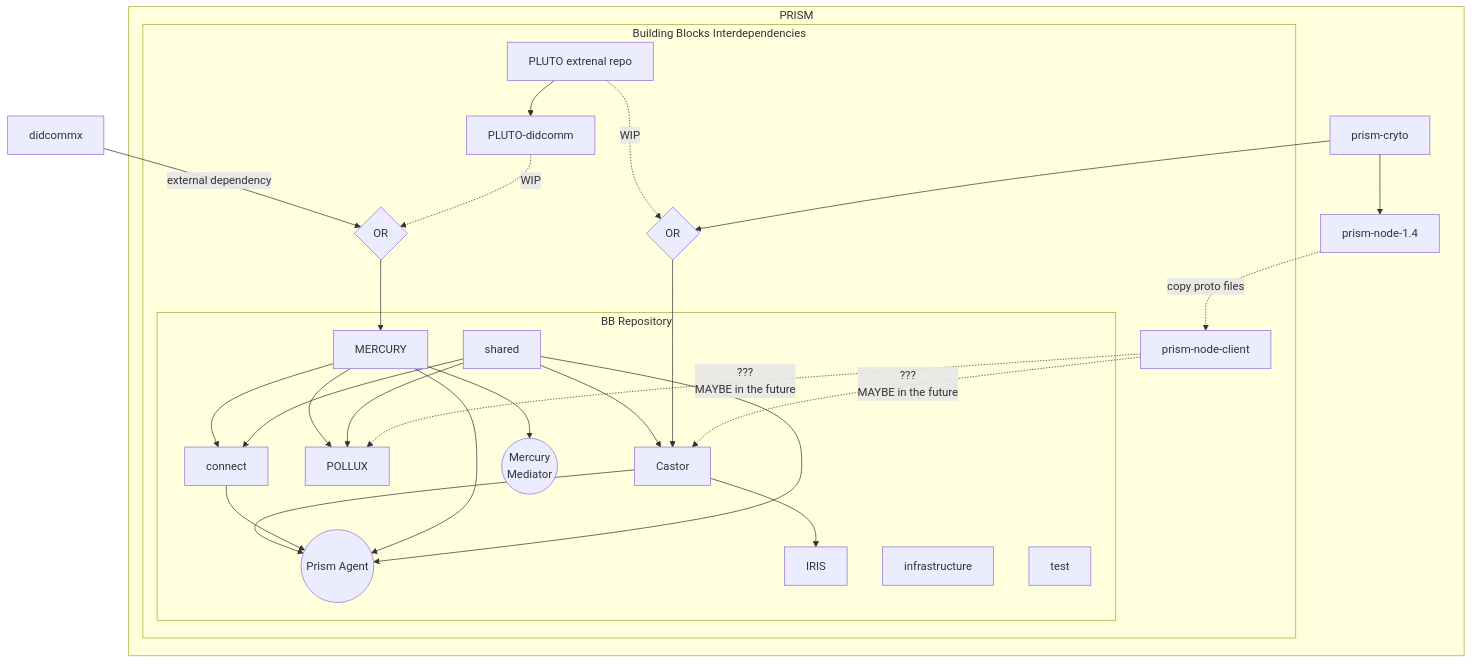
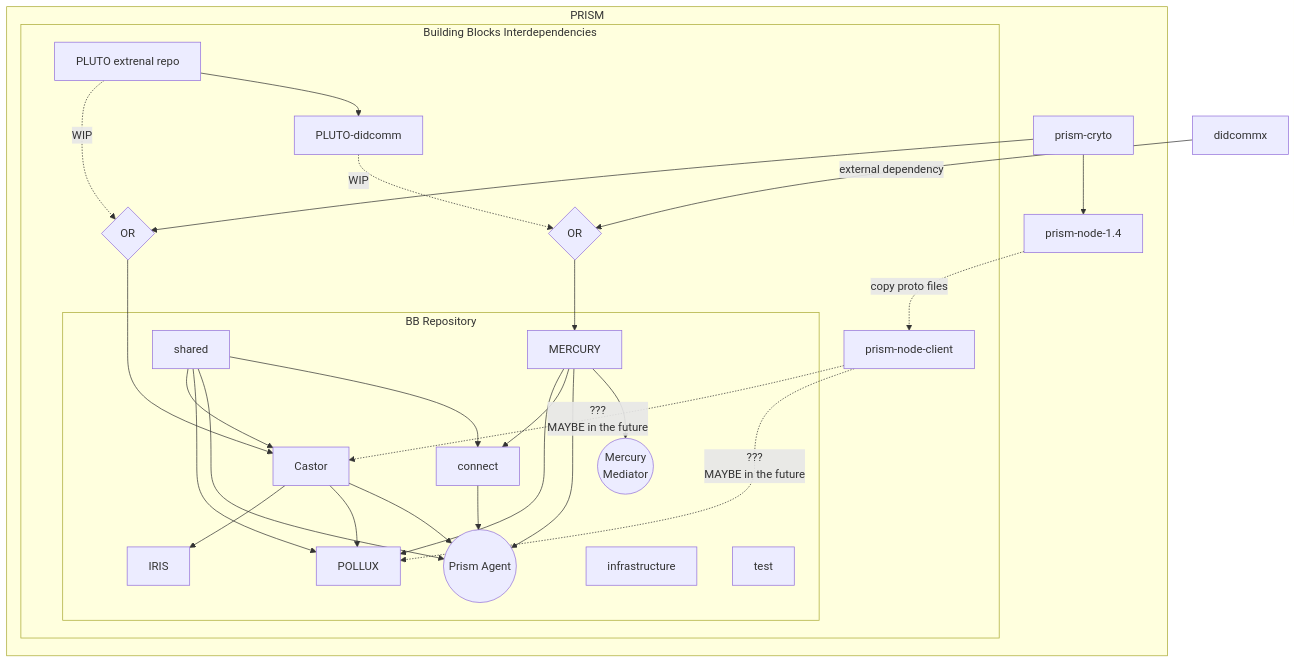
One commit to hyperledger/identus-cloud-agent changed the diagram in Interdependencies.md. Above: the diagram before and after it, drawn with Mermaid. The commit also changed other lines of this file, not shown here.

Commit message:
Add castor --> pollux

````diff
--- a/Interdependencies.md
+++ b/Interdependencies.md
@@ -7,60 +7,61 @@
 ```mermaid
 flowchart
   PLUTO-didcomm -.WIP.-> OR1{OR} 
   didcommx --external dependency--> OR1{OR} 
 
   subgraph PRISM
     prism-cryto --> prism-node-1.4
     prism-cryto --> OR2{OR}
     prism-node-1.4 -.copy proto files.-> prism-node
 
     subgraph BB[Building Blocks Interdependencies]
       prism-node -.???\nMAYBE in the future.-> castor
       prism-node -.???\nMAYBE in the future.-> pollux
 
       pluto -.WIP.-> OR2{OR}
       pluto --> PLUTO-didcomm
 
       OR1 --> mercury
 
       OR2 --> castor
 
       subgraph REPO [BB Repository]
         shared --> castor
         shared --> pollux
         shared --> prism-agent
         shared --> connect
         
         mercury --> pollux
         mercury --> connect
         mercury --> prism-agent
         mercury --> mediator
 
         connect --> prism-agent
 
         castor --> iris
+        castor --> pollux
         castor --> prism-agent
 
 
         infrastructure
         test
       end
     end
   end
 
   
 
 %% All 
 castor[Castor]
 connect
 infrastructure
 iris[IRIS]
 mercury[MERCURY]
 mediator((Mercury\nMediator))
 pluto[PLUTO extrenal repo]
 pollux[POLLUX]
 prism-agent((Prism Agent))
 prism-node[prism-node-client]
 shared
 test
 ```
````
